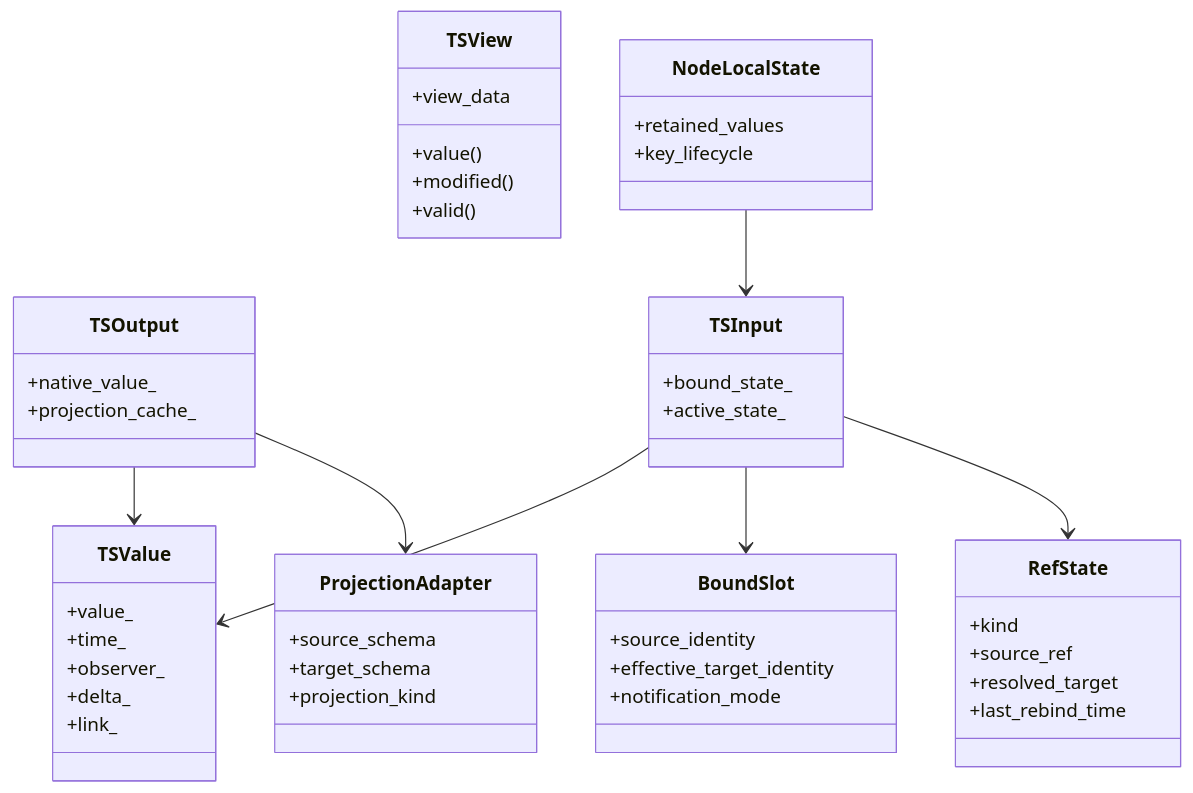
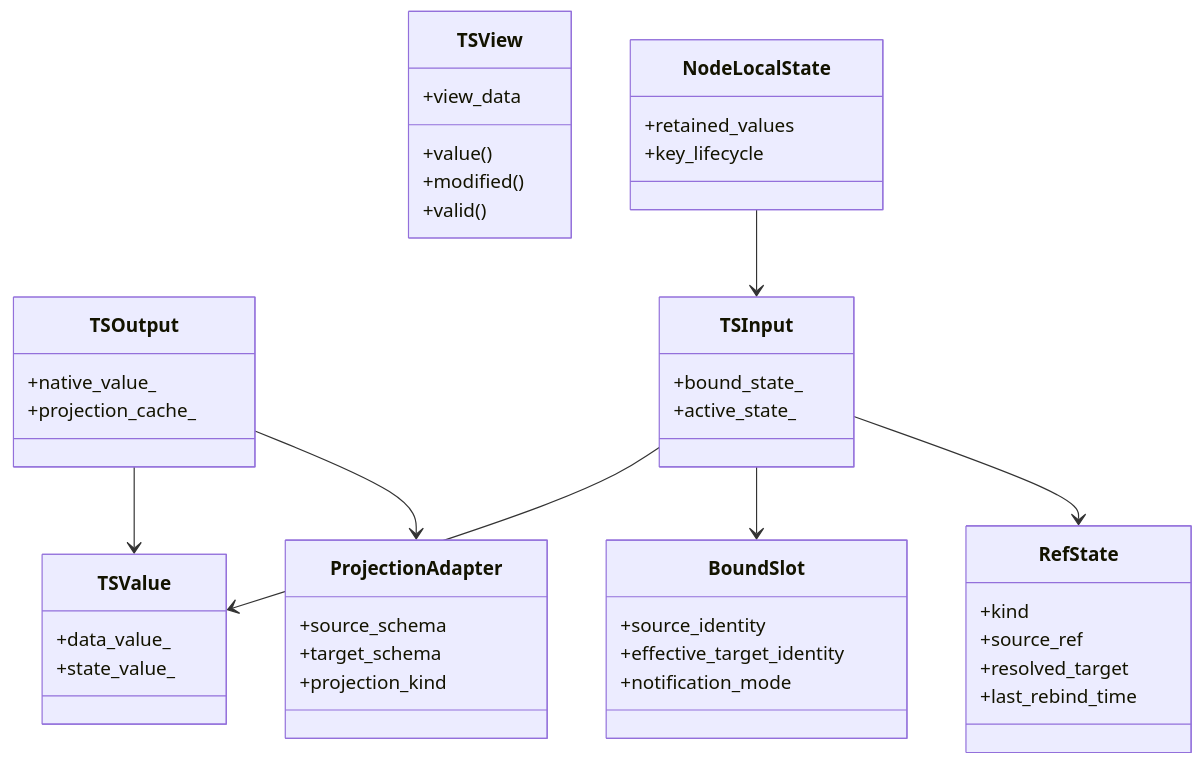
Before and after one commit to hhenson/hgraph: the diagram in docs/design/ts_value/design/09_SIMPLIFIED_RUNTIME.md, drawn with Mermaid. The commit also changed other lines of this file and 11 other files, not shown here.

````diff
--- a/docs/design/ts_value/design/09_SIMPLIFIED_RUNTIME.md
+++ b/docs/design/ts_value/design/09_SIMPLIFIED_RUNTIME.md
@@ -117,58 +141,55 @@
 ```mermaid
 classDiagram
     class TSValue {
-        +value_
-        +time_
-        +observer_
-        +delta_
-        +link_
+        +data_value_
+        +state_value_
     }
 
     class TSView {
         +view_data
         +value()
         +modified()
         +valid()
     }
 
     class TSOutput {
         +native_value_
         +projection_cache_
     }
 
     class TSInput {
         +bound_state_
         +active_state_
     }
 
     class BoundSlot {
         +source_identity
         +effective_target_identity
         +notification_mode
     }
 
     class RefState {
         +kind
         +source_ref
         +resolved_target
         +last_rebind_time
     }
 
     class ProjectionAdapter {
         +source_schema
         +target_schema
         +projection_kind
     }
 
     class NodeLocalState {
         +retained_values
         +key_lifecycle
     }
 
     TSOutput --> TSValue
     TSInput --> TSValue
     TSInput --> BoundSlot
     TSInput --> RefState
     TSOutput --> ProjectionAdapter
     NodeLocalState --> TSInput
 ```
````
